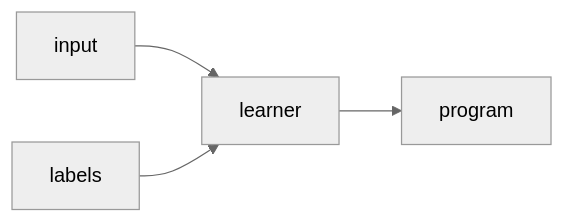
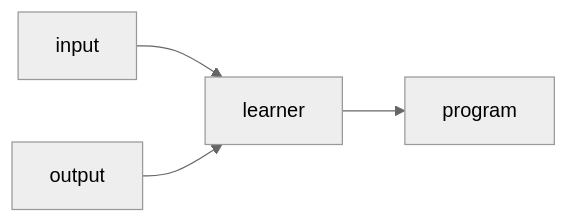
Before and after one commit to nicoladerric/nicoladerric.github.io: the second of 3 diagrams in _posts/2023-08-16-rivoluzione.md, drawn with Mermaid (neutral theme). The commit also changed other lines of this file, not shown here.

````diff
--- a/_posts/2023-08-16-rivoluzione.md
+++ b/_posts/2023-08-16-rivoluzione.md
@@ -24,6 +24,6 @@
 ```mermaid
 flowchart LR;
     input --> learner;
-    labels --> learner;
+    output --> learner;
     learner --> program;
 ```
````
